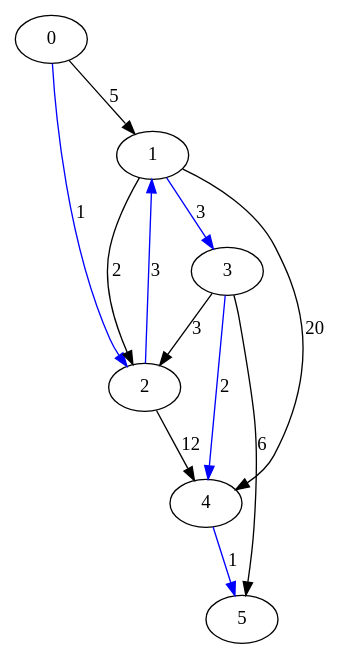
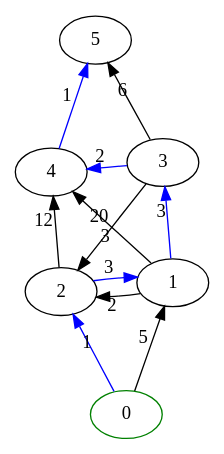
Before and after one commit to evvic/graph-theory: the diagram in Dijkstra/graphs/gtest.gv, drawn with Graphviz. The commit also changed 3 other files, not shown here.

Commit message:
changed graph

```diff
--- a/Dijkstra/graphs/gtest.gv
+++ b/Dijkstra/graphs/gtest.gv
@@ -1,26 +1,36 @@
 digraph gtest {
 
+    layout="neato";
+    overlap=false;
+    sep="+15";
+    splines=true;
+
+    // Prestyling of nodes
+    //// Red = node in negative cycle
+
+    0 [color=green]
+
     // node 0
-    0 -> 1[label="5"]
-    0 -> 2[label="1" color=blue]
+    0 -> 1[label="5" minlen=2]
+    0 -> 2[label="1" minlen=2 color=blue]
 
     // node 1
-    1 -> 4[label="20"]
-    1 -> 3[label="3" color=blue]
-    1 -> 2[label="2"]
+    1 -> 4[label="20" minlen=2]
+    1 -> 3[label="3" minlen=2 color=blue]
+    1 -> 2[label="2" minlen=2]
 
     // node 2
-    2 -> 1[label="3" color=blue]
-    2 -> 4[label="12"]
+    2 -> 1[label="3" minlen=2 color=blue]
+    2 -> 4[label="12" minlen=2]
 
     // node 3
-    3 -> 2[label="3"]
-    3 -> 4[label="2" color=blue]
-    3 -> 5[label="6"]
+    3 -> 2[label="3" minlen=2]
+    3 -> 4[label="2" minlen=2 color=blue]
+    3 -> 5[label="6" minlen=2]
 
     // node 4
-    4 -> 5[label="1" color=blue]
+    4 -> 5[label="1" minlen=2 color=blue]
 
     // node 5
 
 }
```
